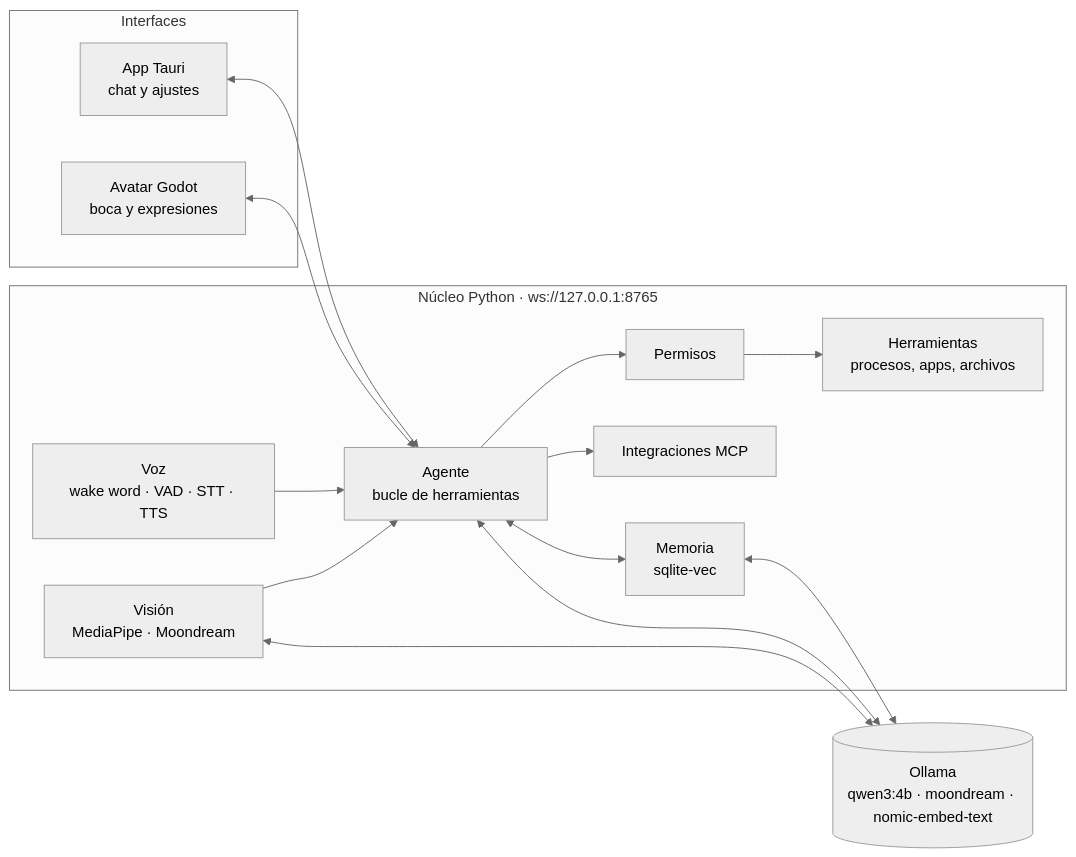
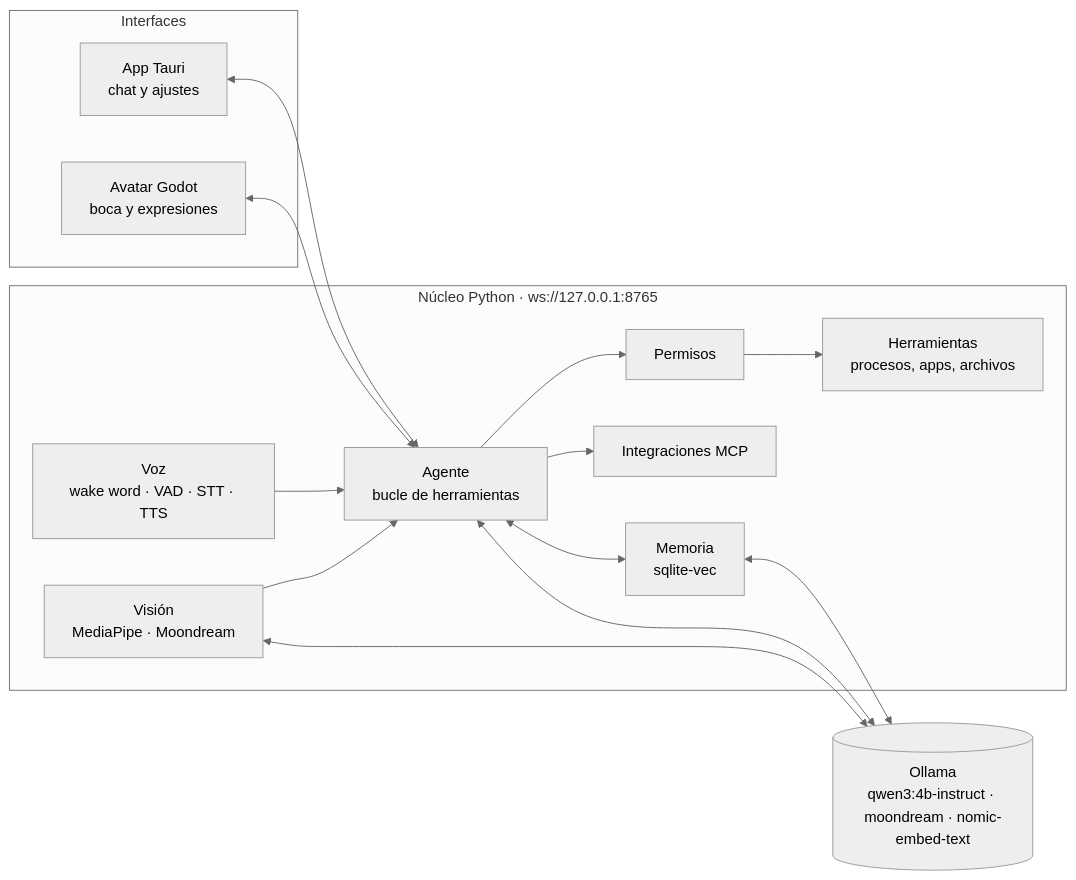
The diagram in docs/arquitectura.md (Aizendaisho/moni), drawn with Mermaid (neutral theme) before and after one commit. The commit also changed other lines of this file and 5 other files, not shown here.

First line of the commit message:
Usar qwen3:4b-instruct: la etiqueta qwen3:4b razona siempre y tarda ~35 s por respuesta

````diff
--- a/docs/arquitectura.md
+++ b/docs/arquitectura.md
@@ -12,27 +12,27 @@
 ```mermaid
 flowchart LR
   subgraph UI[Interfaces]
     APP[App Tauri<br/>chat y ajustes]
     AV[Avatar Godot<br/>boca y expresiones]
   end
   subgraph CORE[Núcleo Python · ws://127.0.0.1:8765]
     AG[Agente<br/>bucle de herramientas]
     PERM[Permisos]
     TOOLS[Herramientas<br/>procesos, apps, archivos]
     VOZ[Voz<br/>wake word · VAD · STT · TTS]
     VIS[Visión<br/>MediaPipe · Moondream]
     MEM[Memoria<br/>sqlite-vec]
     MCP[Integraciones MCP]
   end
-  OLL[(Ollama<br/>qwen3:4b · moondream · nomic-embed-text)]
+  OLL[(Ollama<br/>qwen3:4b-instruct · moondream · nomic-embed-text)]
   APP <--> AG
   AV <--> AG
   AG --> PERM --> TOOLS
   AG --> MCP
   AG <--> MEM
   VOZ --> AG
   VIS --> AG
   AG <--> OLL
   VIS <--> OLL
   MEM <--> OLL
 ```
````
